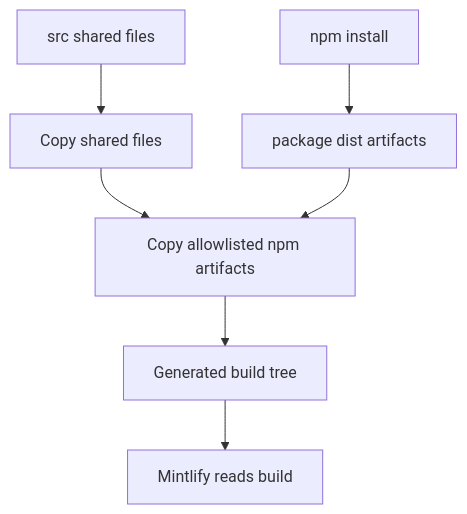
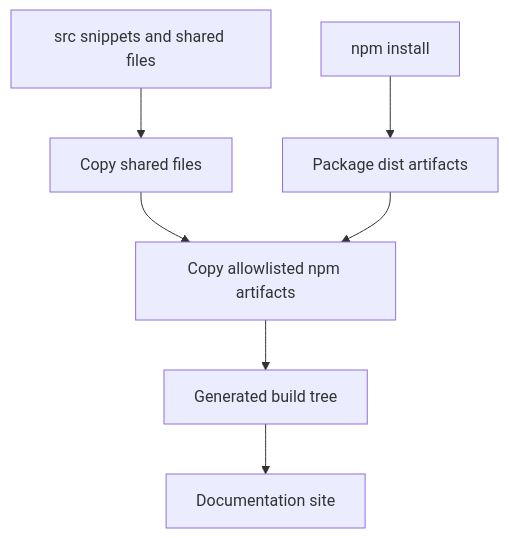
Before and after one commit to rishi-raj-jain/docs-1: the diagram in openwiki/integrations/npm-snippets.md, drawn with Mermaid. The commit also changed other lines of this file and 53 other files, not shown here.

````diff
--- a/openwiki/integrations/npm-snippets.md
+++ b/openwiki/integrations/npm-snippets.md
@@ -71,9 +52,9 @@
 ```mermaid
 flowchart TD
-    Install["npm install"] --> Dist["package dist artifacts"]
-    Source["src shared files"] --> Shared["Copy shared files"]
+    Install["npm install"] --> Package["Package dist artifacts"]
+    Source["src snippets and shared files"] --> Shared["Copy shared files"]
     Shared --> Overlay["Copy allowlisted npm artifacts"]
-    Dist --> Overlay
+    Package --> Overlay
     Overlay --> Output["Generated build tree"]
-    Output --> Mint["Mintlify reads build"]
+    Output --> Site["Documentation site"]
 ```
````
